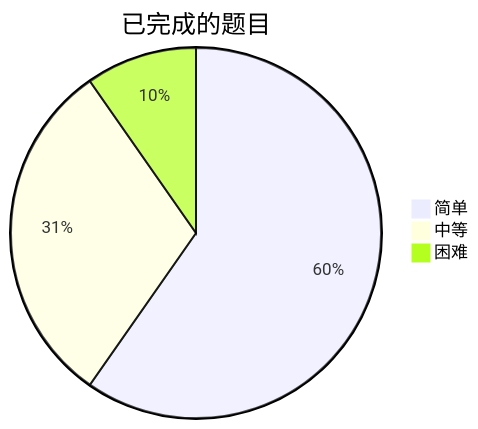
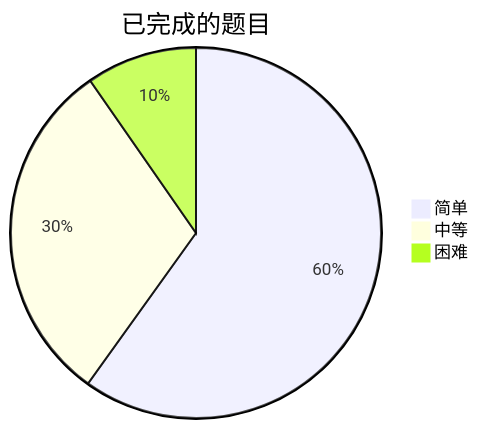
One commit to kaisa911/LeetCode changed the diagram in README.md. Above: the diagram before and after it, drawn with Mermaid. The commit also changed other lines of this file and 1 other file, not shown here.

````diff
--- a/README.md
+++ b/README.md
@@ -12,7 +12,7 @@
 ```mermaid
 pie title 已完成的题目
-    "简单" : 123
+    "简单" : 124
     "中等" : 63
     "困难" : 20
 
 ```
````
